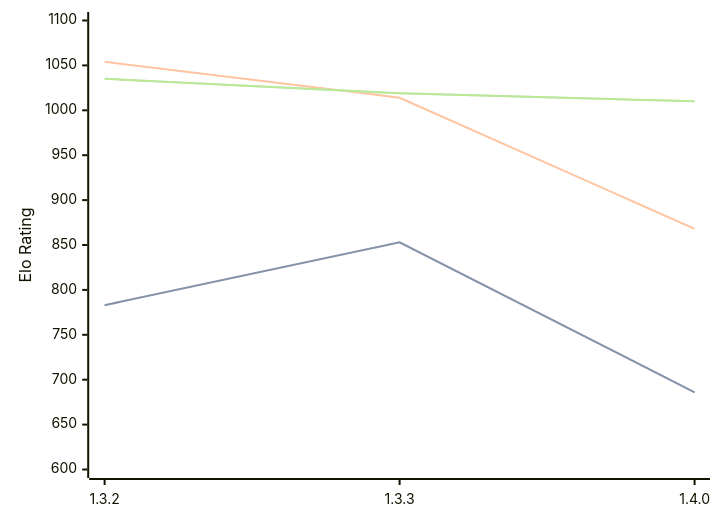
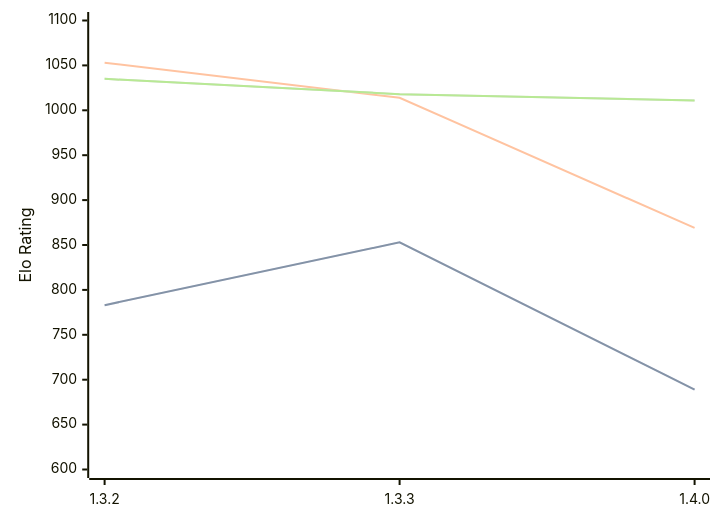
The first of 3 diagrams in engines/Whitespine.md (computer-chess-index/cci), drawn with Mermaid before and after one commit. The commit also changed other lines of this file, not shown here.

Commit message:
Update CCI Ratings (ELO VLTC) - 2026-06-20

````diff
--- a/engines/Whitespine.md
+++ b/engines/Whitespine.md
@@ -36,11 +36,11 @@
 ```mermaid
 %%{init: {"theme":"base","themeVariables":{"seriesColors:['#a3a3a3','#222221','#faa371']}}}%%
 xychart-beta
   x-axis ["1.3.2", "1.3.3", "1.4.0"]
   y-axis "Elo Rating" 600 --> 1100
-  line "STC (8.0+0.08s)" [783, 853, 686]
-  line "STC (8.0+0.08s)" [783, 853, 686]
-  line "LTC (60.0+0.60s)" [1054, 1014, 868]
-  line "VLTC (2m24s+1.12s)" [1035, 1019, 1010]
-  line "VLTC (2m24s+1.12s)" [1035, 1019, 1010]
+  line "STC (8.0+0.08s)" [783, 853, 689]
+  line "STC (8.0+0.08s)" [783, 853, 689]
+  line "LTC (60.0+0.60s)" [1053, 1014, 869]
+  line "VLTC (2m24s+1.12s)" [1035, 1018, 1011]
+  line "VLTC (2m24s+1.12s)" [1035, 1018, 1011]
 ```
````
